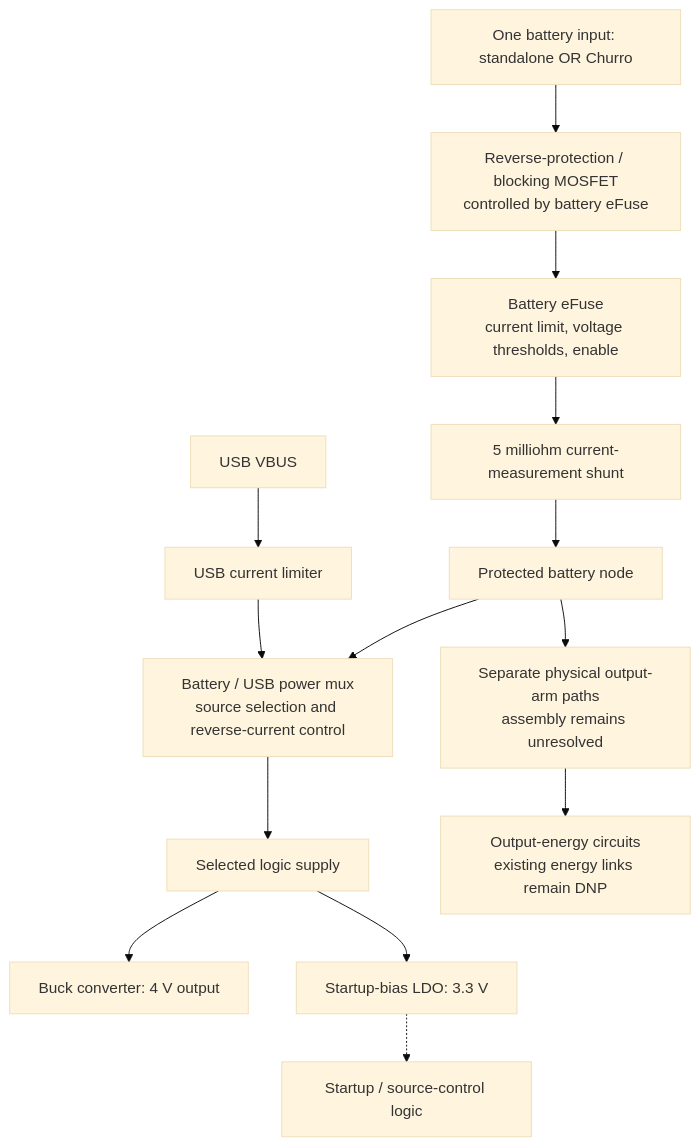
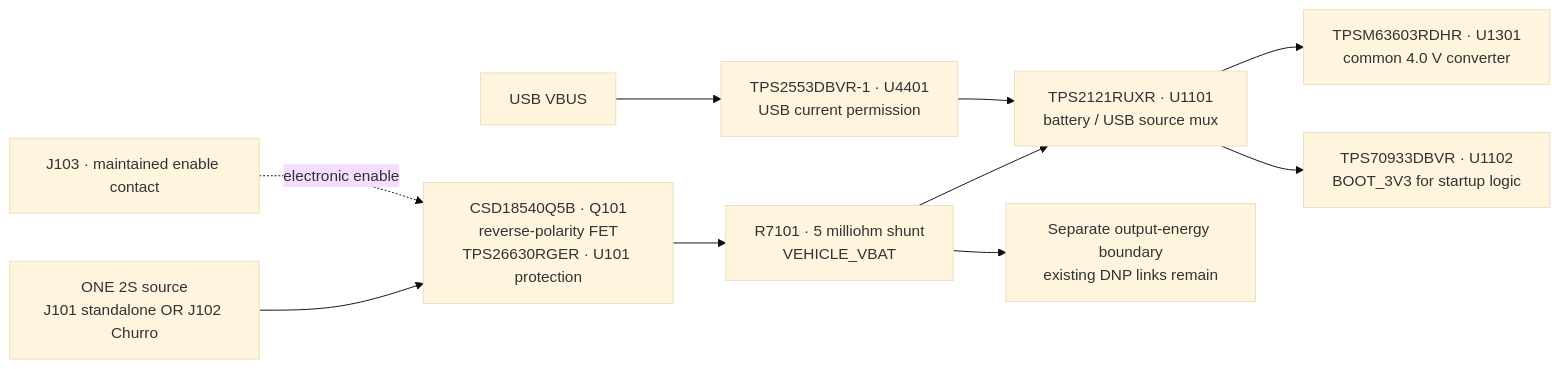
One commit to ULAS-HiPR/Ogma2 changed the first of 2 diagrams in docs/architecture/02-power.md. Above: the diagram before and after it, drawn with Mermaid (base theme). The commit also changed other lines of this file and 19 other files, not shown here.

Commit message:
Make architecture review concrete and link supporting justification

````diff
--- a/docs/architecture/02-power.md
+++ b/docs/architecture/02-power.md
@@ -44,16 +19,21 @@
 ```mermaid
-flowchart TD
-  B["One battery input: standalone OR Churro"] --> Q["Reverse-protection / blocking MOSFET<br/>controlled by battery eFuse"]
-  Q --> E["Battery eFuse<br/>current limit, voltage thresholds, enable"]
-  E --> SH["5 milliohm current-measurement shunt"]
-  SH --> VB["Protected battery node"]
-  VB --> MX["Battery / USB power mux<br/>source selection and reverse-current control"]
-  USB["USB VBUS"] --> UL["USB current limiter"]
-  UL --> MX
-  MX --> LS["Selected logic supply"]
-  LS --> BU["Buck converter: 4 V output"]
-  LS --> BO["Startup-bias LDO: 3.3 V"]
-  BO -.-> CT["Startup / source-control logic"]
-  VB --> AR["Separate physical output-arm paths<br/>assembly remains unresolved"]
-  AR --> OUT["Output-energy circuits<br/>existing energy links remain DNP"]
+flowchart LR
+  B["ONE 2S source
+J101 standalone OR J102 Churro"] --> Q["CSD18540Q5B · Q101
+reverse-polarity FET
+TPS26630RGER · U101 protection"]
+  Q --> V["R7101 · 5 milliohm shunt
+VEHICLE_VBAT"]
+  V --> M["TPS2121RUXR · U1101
+battery / USB source mux"]
+  EN["J103 · maintained enable contact"] -.->|"electronic enable"| Q
+  U["USB VBUS"] --> UL["TPS2553DBVR-1 · U4401
+USB current permission"]
+  UL --> M
+  M --> K["TPSM63603RDHR · U1301
+common 4.0 V converter"]
+  M --> BS["TPS70933DBVR · U1102
+BOOT_3V3 for startup logic"]
+  V --> O["Separate output-energy boundary
+existing DNP links remain"]
 ```
````
